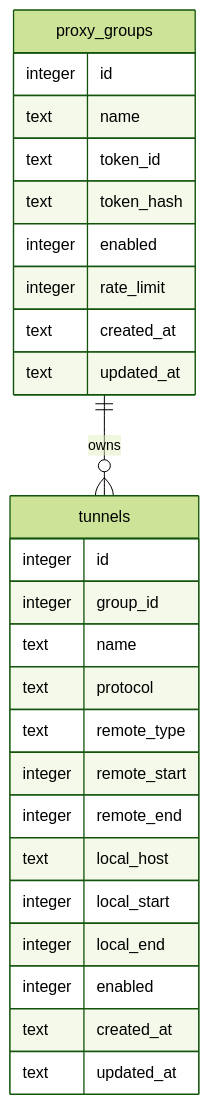
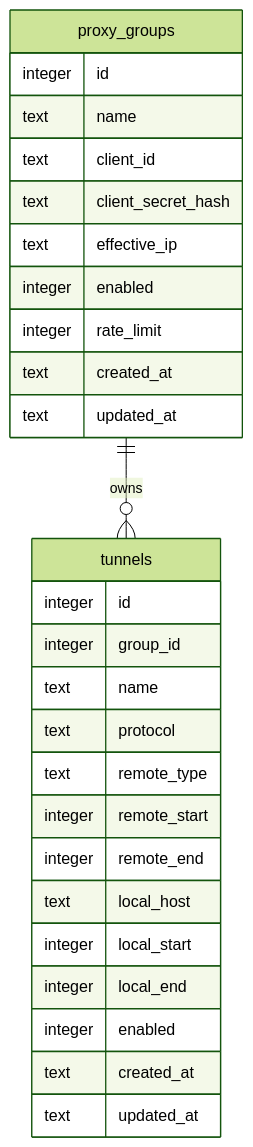
One commit to Zightch/frp changed the sixth of 6 diagrams in docs/frps-frpc-current-architecture.md. Above: the diagram before and after it, drawn with Mermaid (forest theme). The commit also changed other lines of this file and 14 other files, not shown here.

````diff
--- a/docs/frps-frpc-current-architecture.md
+++ b/docs/frps-frpc-current-architecture.md
@@ -216,31 +216,32 @@
 ```mermaid
 erDiagram
     proxy_groups ||--o{ tunnels : owns
 
     proxy_groups {
         integer id
         text name
-        text token_id
-        text token_hash
+        text client_id
+        text client_secret_hash
+        text effective_ip
         integer enabled
         integer rate_limit
         text created_at
         text updated_at
     }
 
     tunnels {
         integer id
         integer group_id
         text name
         text protocol
         text remote_type
         integer remote_start
         integer remote_end
         text local_host
         integer local_start
         integer local_end
         integer enabled
         text created_at
         text updated_at
     }
 ```
````
